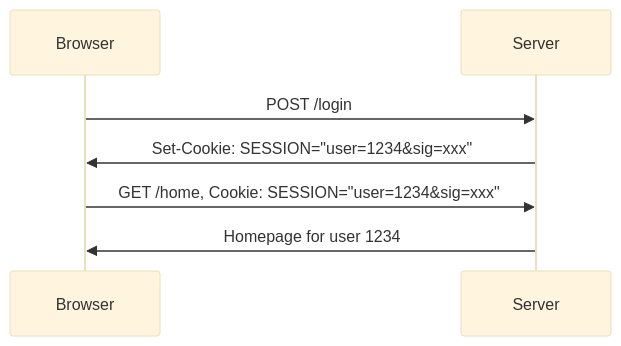
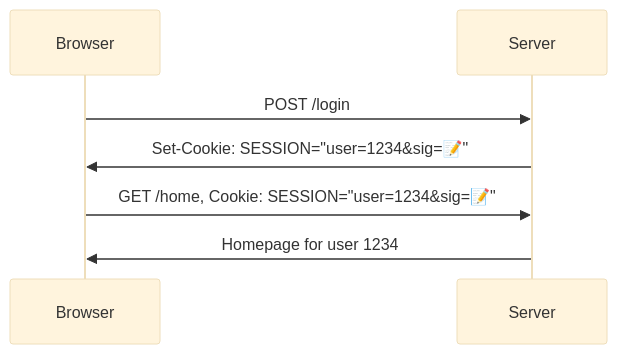
One commit to divarvel/auth-talk changed the diagram in assets/signed-cookie.mmd. Above: the diagram before and after it, drawn with Mermaid (base theme).

Commit message:
improve diagram

```diff
--- a/assets/signed-cookie.mmd
+++ b/assets/signed-cookie.mmd
@@ -1,6 +1,6 @@
 sequenceDiagram
     Browser->>Server: POST /login
-    Server->>Browser: Set-Cookie: SESSION="user=1234&sig=xxx"
+    Server->>Browser: Set-Cookie: SESSION="user=1234&sig=📝"
 
-    Browser->>Server: GET /home, Cookie: SESSION="user=1234&sig=xxx"
+    Browser->>Server: GET /home, Cookie: SESSION="user=1234&sig=📝"
     Server->>Browser: Homepage for user 1234
```
